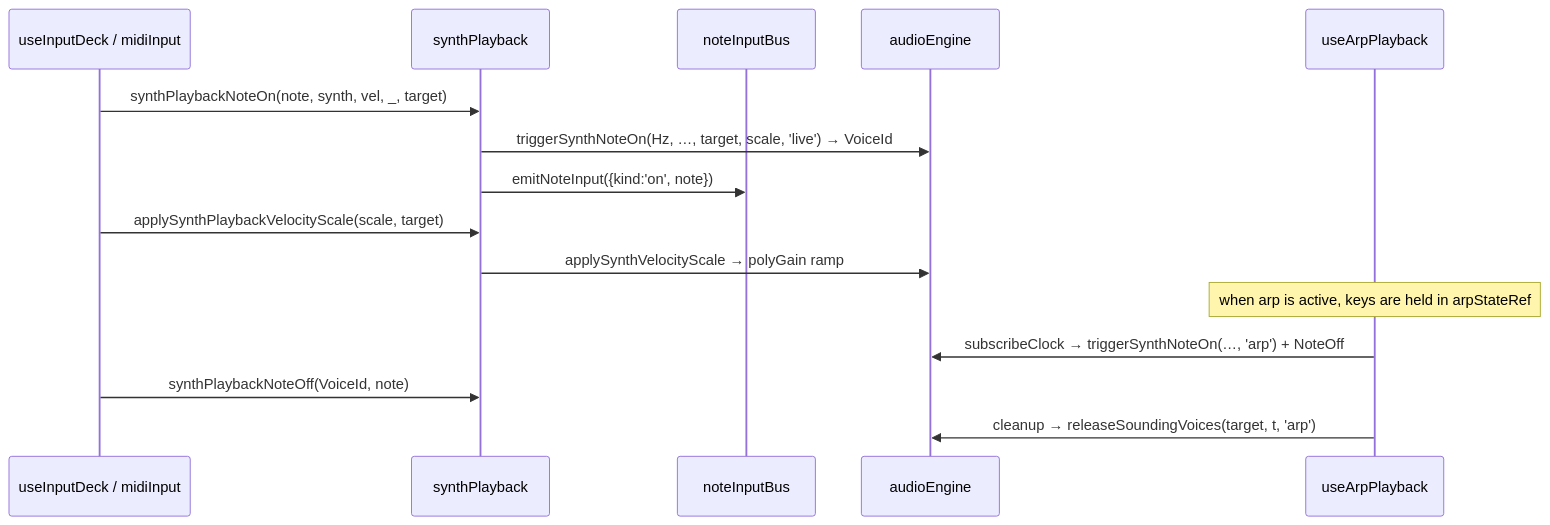
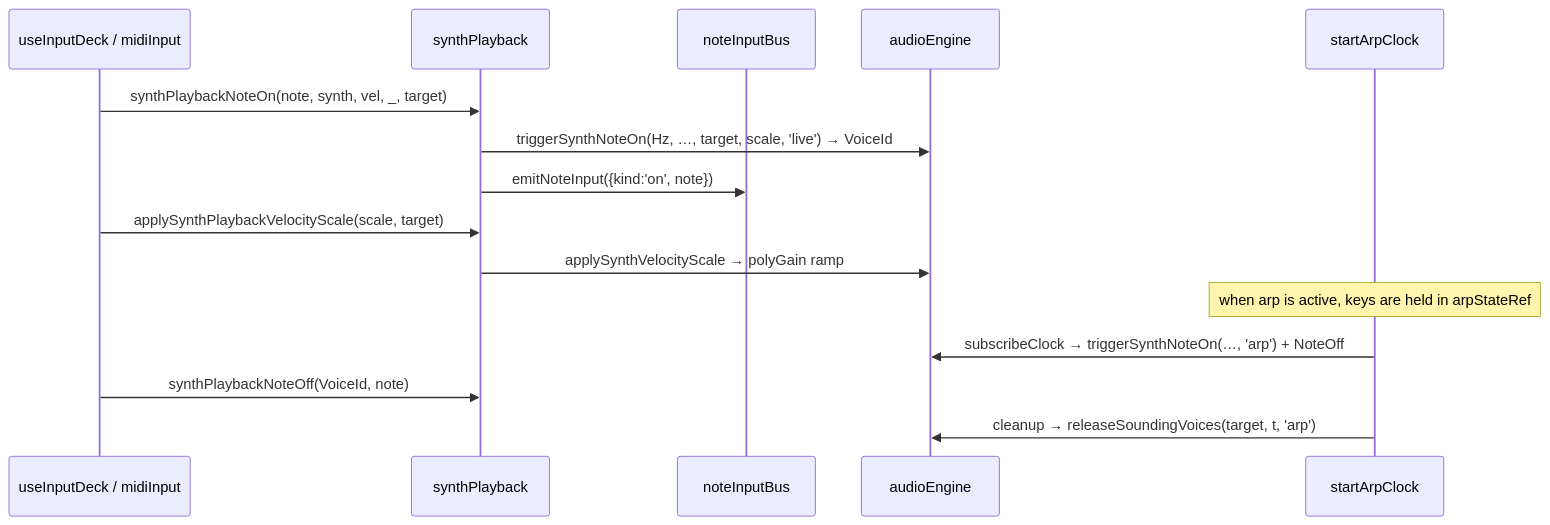
The third of 3 diagrams in docs/architecture/structure/03-audio.md (themiddnight/solna), drawn with Mermaid before and after one commit. The commit also changed other lines of this file and 14 other files, not shown here.

````diff
--- a/docs/architecture/structure/03-audio.md
+++ b/docs/architecture/structure/03-audio.md
@@ -307,17 +309,17 @@
 ```mermaid
 sequenceDiagram
   participant Key as useInputDeck / midiInput
   participant SP as synthPlayback
   participant Bus as noteInputBus
   participant Eng as audioEngine
-  participant Arp as useArpPlayback
+  participant Arp as startArpClock
   Key->>SP: synthPlaybackNoteOn(note, synth, vel, _, target)
   SP->>Eng: triggerSynthNoteOn(Hz, …, target, scale, 'live') → VoiceId
   SP->>Bus: emitNoteInput({kind:'on', note})
   Key->>SP: applySynthPlaybackVelocityScale(scale, target)
   SP->>Eng: applySynthVelocityScale → polyGain ramp
   Note over Arp: when arp is active, keys are held in arpStateRef
   Arp->>Eng: subscribeClock → triggerSynthNoteOn(…, 'arp') + NoteOff
   Key->>SP: synthPlaybackNoteOff(VoiceId, note)
   Arp->>Eng: cleanup → releaseSoundingVoices(target, t, 'arp')
 ```
````
